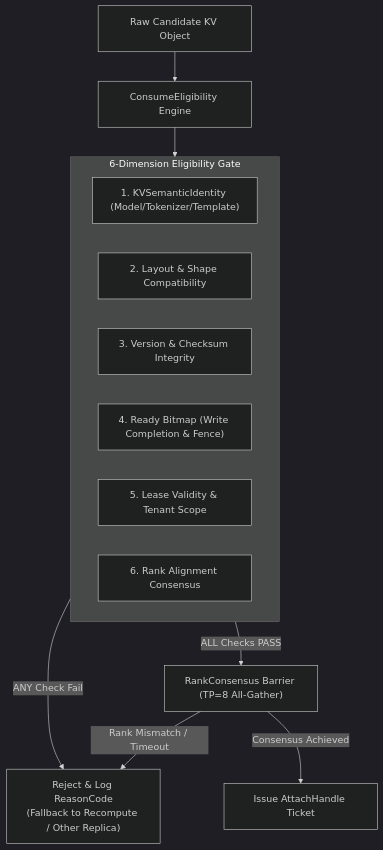
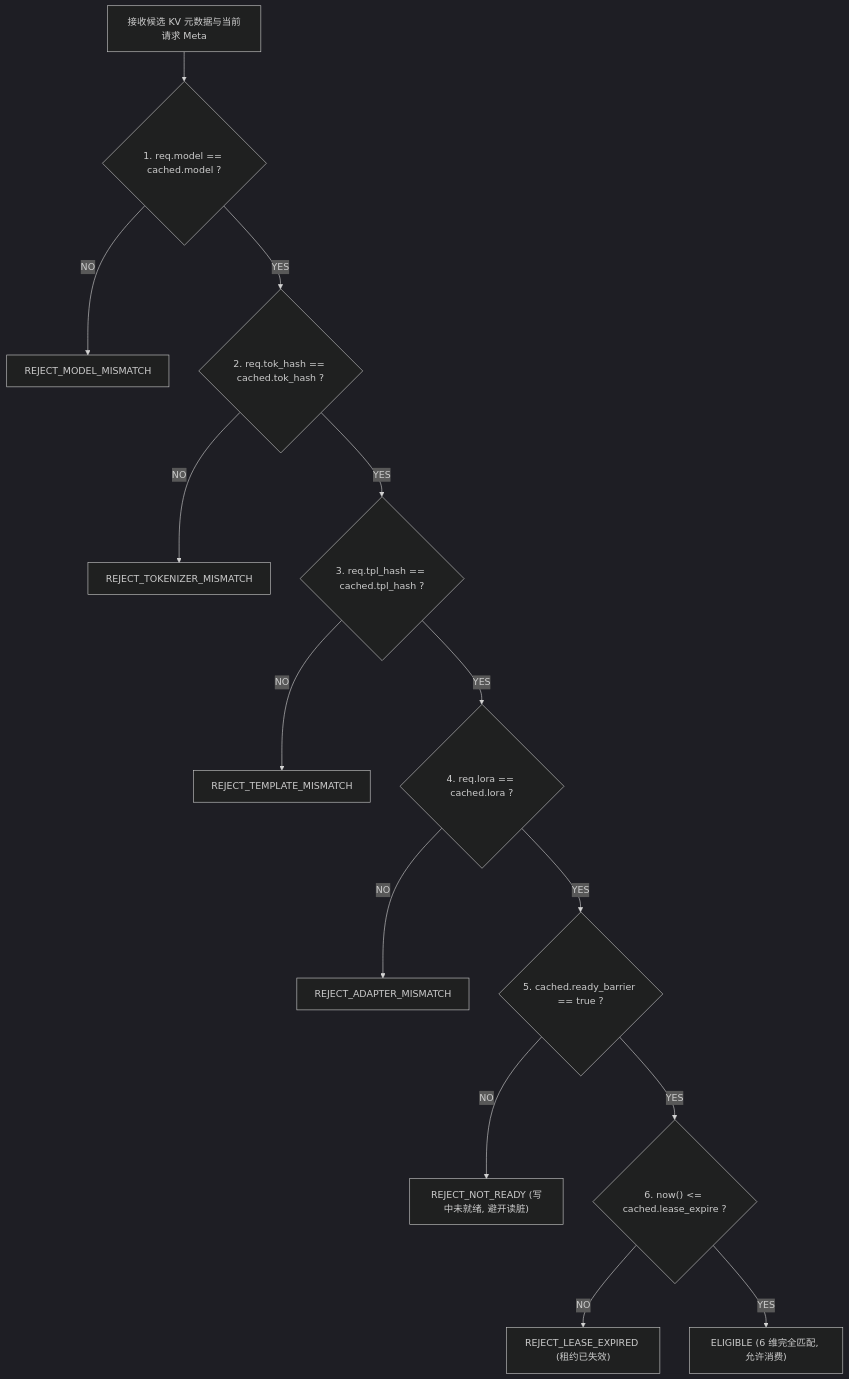
One commit to stonetree/reports changed the first of 2 diagrams in kvcache/unified_kv_memory/提前验证方案设计/验证计划方案设计/07_PVT-06_ConsumeEligibility与RankConsensus0错误消费验证实施方案设计.md. Above: the diagram before and after it, drawn with Mermaid (dark theme). The commit also changed other lines of this file and 51 other files, not shown here.

````diff
--- a/kvcache/unified_kv_memory/提前验证方案设计/验证计划方案设计/07_PVT-06_ConsumeEligibility与RankConsensus0错误消费验证实施方案设计.md
+++ b/kvcache/unified_kv_memory/提前验证方案设计/验证计划方案设计/07_PVT-06_ConsumeEligibility与RankConsensus0错误消费验证实施方案设计.md
@@ -57,21 +69,16 @@
 ```mermaid
 flowchart TD
-    Candidate["Raw Candidate KV Object"] --> EligibilityEngine["ConsumeEligibility Engine"]
-
-    subgraph Eligibility_Checks["6-Dimension Eligibility Gate"]
-        Check1["1. KVSemanticIdentity (Model/Tokenizer/Template)"]
-        Check2["2. Layout & Shape Compatibility"]
-        Check3["3. Version & Checksum Integrity"]
-        Check4["4. Ready Bitmap (Write Completion & Fence)"]
-        Check5["5. Lease Validity & Tenant Scope"]
-        Check6["6. Rank Alignment Consensus"]
-    end
-
-    EligibilityEngine --> Eligibility_Checks
-
-    Eligibility_Checks -- "ANY Check Fail" --> Reject["Reject & Log ReasonCode<br/>(Fallback to Recompute / Other Replica)"]
-    Eligibility_Checks -- "ALL Checks PASS" --> RankBarrier["RankConsensus Barrier (TP=8 All-Gather)"]
-
-    RankBarrier -- "Consensus Achieved" --> AttachHandle["Issue AttachHandle Ticket"]
-    RankBarrier -- "Rank Mismatch / Timeout" --> Reject
+    In["接收候选 KV 元数据与当前请求 Meta"] --> Step1{"1. req.model == cached.model ?"}
+    Step1 -- "NO" --> Reject1["REJECT_MODEL_MISMATCH"]
+    Step1 -- "YES" --> Step2{"2. req.tok_hash == cached.tok_hash ?"}
+    Step2 -- "NO" --> Reject2["REJECT_TOKENIZER_MISMATCH"]
+    Step2 -- "YES" --> Step3{"3. req.tpl_hash == cached.tpl_hash ?"}
+    Step3 -- "NO" --> Reject3["REJECT_TEMPLATE_MISMATCH"]
+    Step3 -- "YES" --> Step4{"4. req.lora == cached.lora ?"}
+    Step4 -- "NO" --> Reject4["REJECT_ADAPTER_MISMATCH"]
+    Step4 -- "YES" --> Step5{"5. cached.ready_barrier == true ?"}
+    Step5 -- "NO" --> Reject5["REJECT_NOT_READY (写中未就绪, 避开读脏)"]
+    Step5 -- "YES" --> Step6{"6. now() <= cached.lease_expire ?"}
+    Step6 -- "NO" --> Reject6["REJECT_LEASE_EXPIRED (租约已失效)"]
+    Step6 -- "YES" --> Pass["ELIGIBLE (6 维完全匹配, 允许消费)"]
 ```
````
